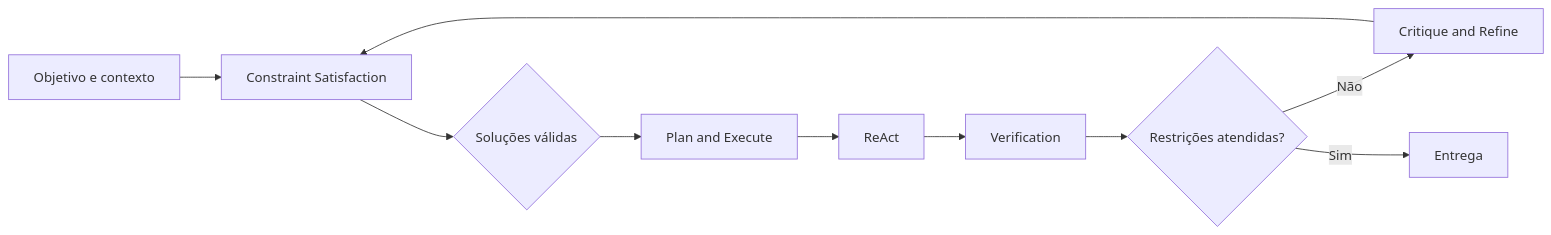
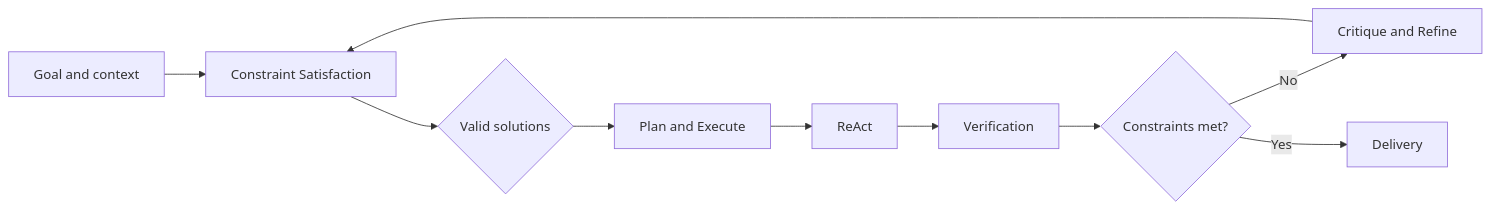
The second of 5 diagrams in dist/.claude/skills/pelizzai-reasoning/techniques/constraint-satisfaction.md (rpelizza/PelizzAI), drawn with Mermaid before and after one commit. The commit also changed other lines of this file and 362 other files, not shown here.

````diff
--- a/dist/.claude/skills/pelizzai-reasoning/techniques/constraint-satisfaction.md
+++ b/dist/.claude/skills/pelizzai-reasoning/techniques/constraint-satisfaction.md
@@ -106,12 +106,12 @@
 ```mermaid
 flowchart LR
-    A[Objetivo e contexto] --> B[Constraint Satisfaction]
-    B --> C{Soluções válidas}
+    A[Goal and context] --> B[Constraint Satisfaction]
+    B --> C{Valid solutions}
     C --> D[Plan and Execute]
     D --> E[ReAct]
     E --> F[Verification]
-    F --> G{Restrições atendidas?}
-    G -- Não --> H[Critique and Refine]
+    F --> G{Constraints met?}
+    G -- No --> H[Critique and Refine]
     H --> B
-    G -- Sim --> I[Entrega]
+    G -- Yes --> I[Delivery]
 ```
````
